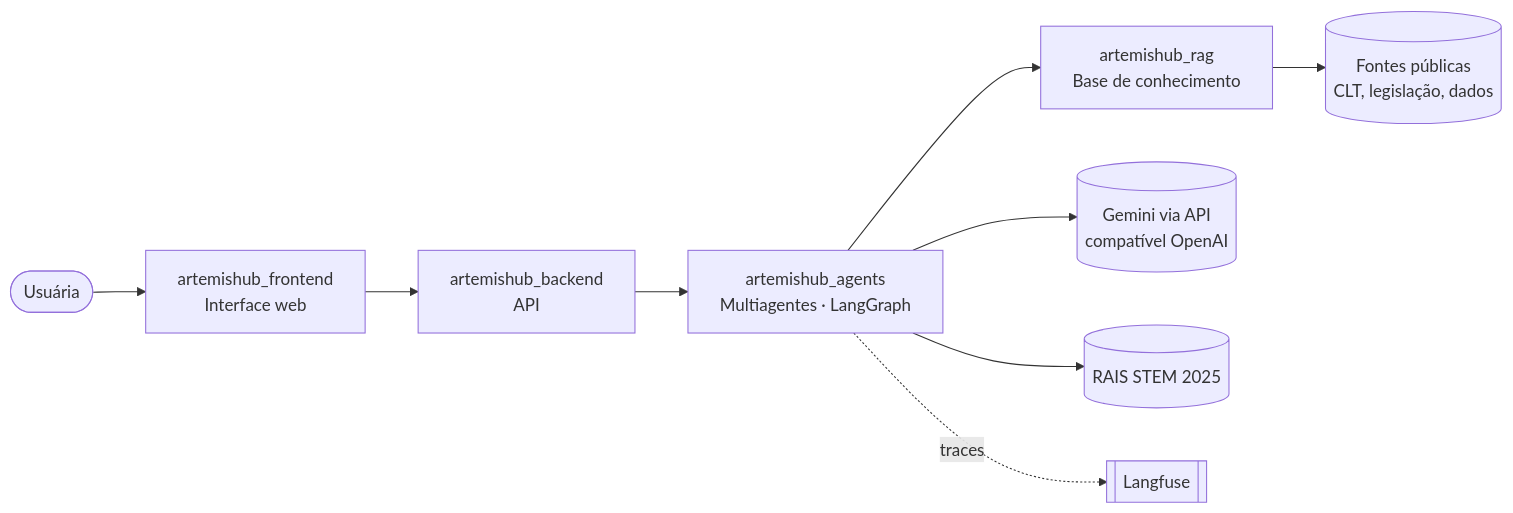
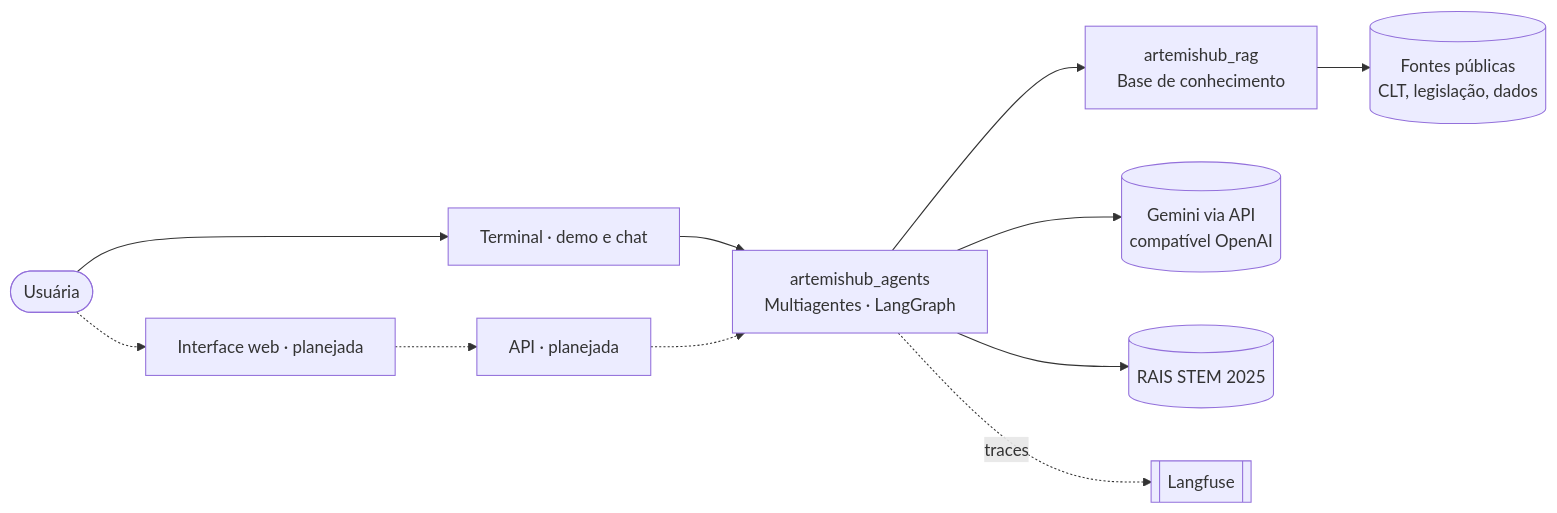
The diagram in docs/arquitetura/index.md (ArtemisHubApp/artemishub_docs), drawn with Mermaid before and after one commit. The commit also changed other lines of this file and 10 other files, not shown here.

````diff
--- a/docs/arquitetura/index.md
+++ b/docs/arquitetura/index.md
@@ -10,11 +14,13 @@
 ```mermaid
 flowchart LR
-    U([Usuária]) --> FE[artemishub_frontend<br/>Interface web]
-    FE --> BE[artemishub_backend<br/>API]
-    BE --> AG[artemishub_agents<br/>Multiagentes · LangGraph]
+    U([Usuária]) --> CLI[Terminal · demo e chat]
+    CLI --> AG[artemishub_agents<br/>Multiagentes · LangGraph]
+    U -.-> FE[Interface web · planejada]
+    FE -.-> BE[API · planejada]
+    BE -.-> AG
     AG --> RAG[artemishub_rag<br/>Base de conhecimento]
     AG --> LLM[(Gemini via API<br/>compatível OpenAI)]
     AG --> RAIS[(RAIS STEM 2025)]
     AG -. traces .-> LF[[Langfuse]]
     RAG --> SRC[(Fontes públicas<br/>CLT, legislação, dados)]
 ```
````
